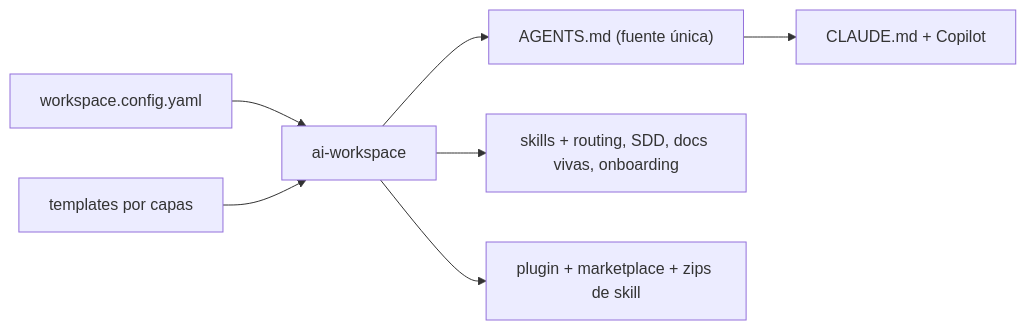
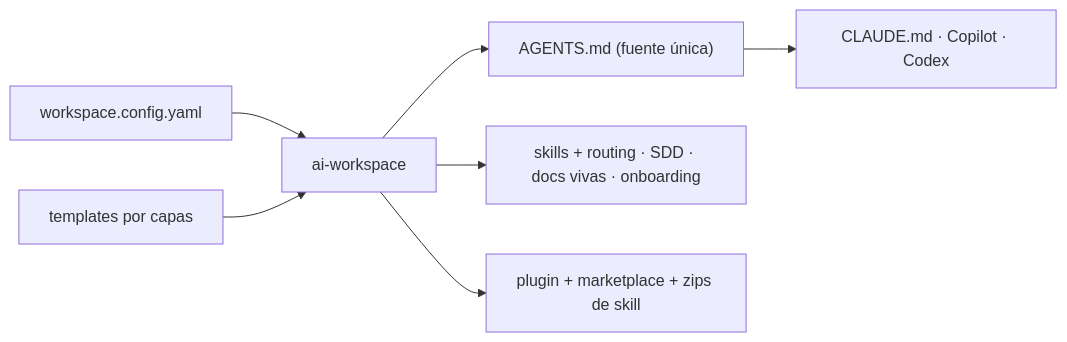
The diagram in README.md (grojof/ai-workspace-generator), drawn with Mermaid before and after one commit. The commit also changed other lines of this file and 17 other files, not shown here.

````diff
--- a/README.md
+++ b/README.md
@@ -21,9 +99,9 @@
 ```mermaid
 flowchart LR
-  CFG["workspace.config.yaml"] --> GEN[ai-workspace]
+  CFG["workspace.config.yaml"] --> GEN["ai-workspace"]
   TPL["templates por capas"] --> GEN
   GEN --> AG["AGENTS.md (fuente única)"]
-  AG --> AD["CLAUDE.md + Copilot"]
-  GEN --> REST["skills + routing, SDD, docs vivas, onboarding"]
+  AG --> AD["CLAUDE.md · Copilot · Codex"]
+  GEN --> REST["skills + routing · SDD · docs vivas · onboarding"]
   GEN --> PKG["plugin + marketplace + zips de skill"]
 ```
````
